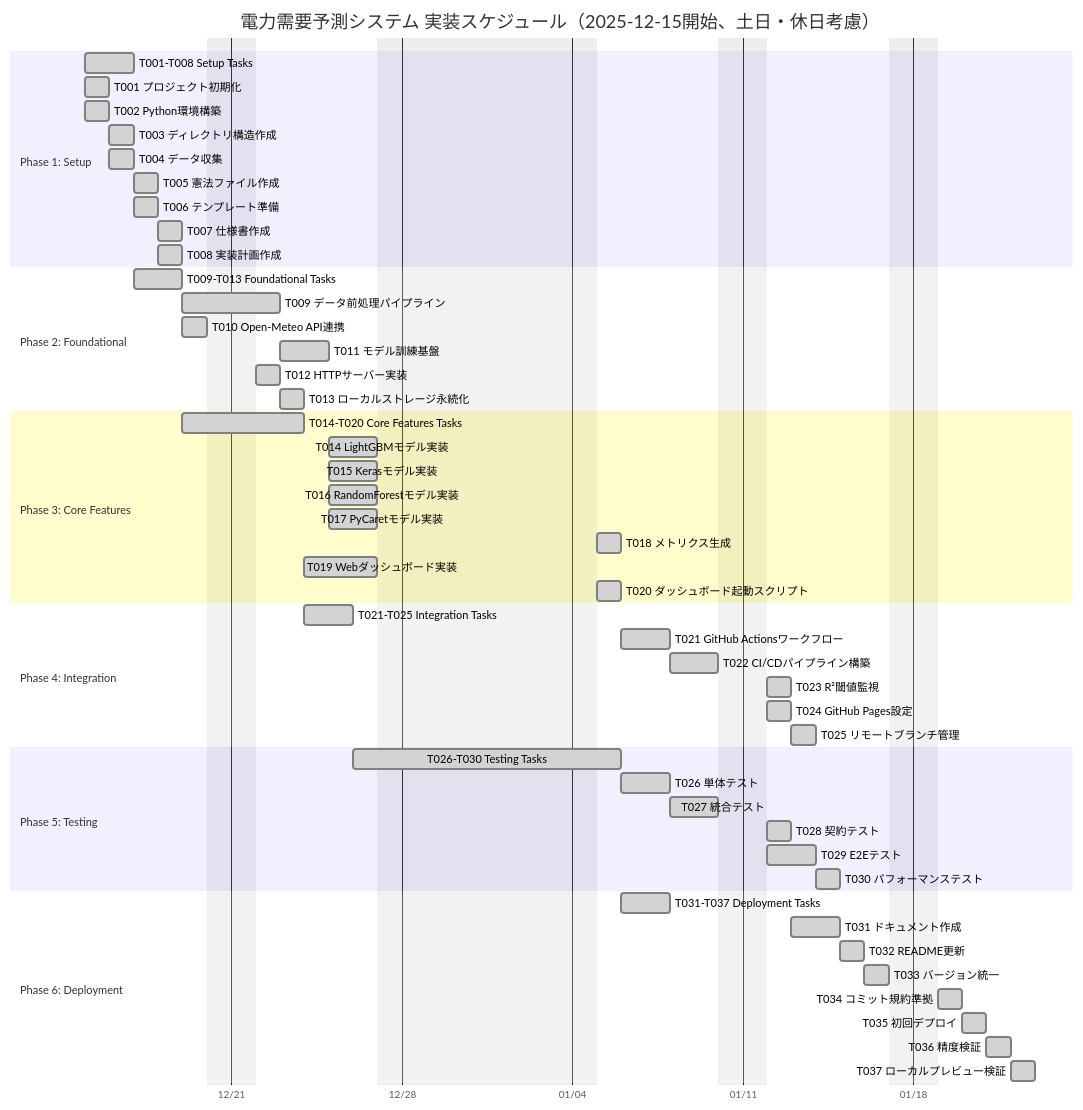
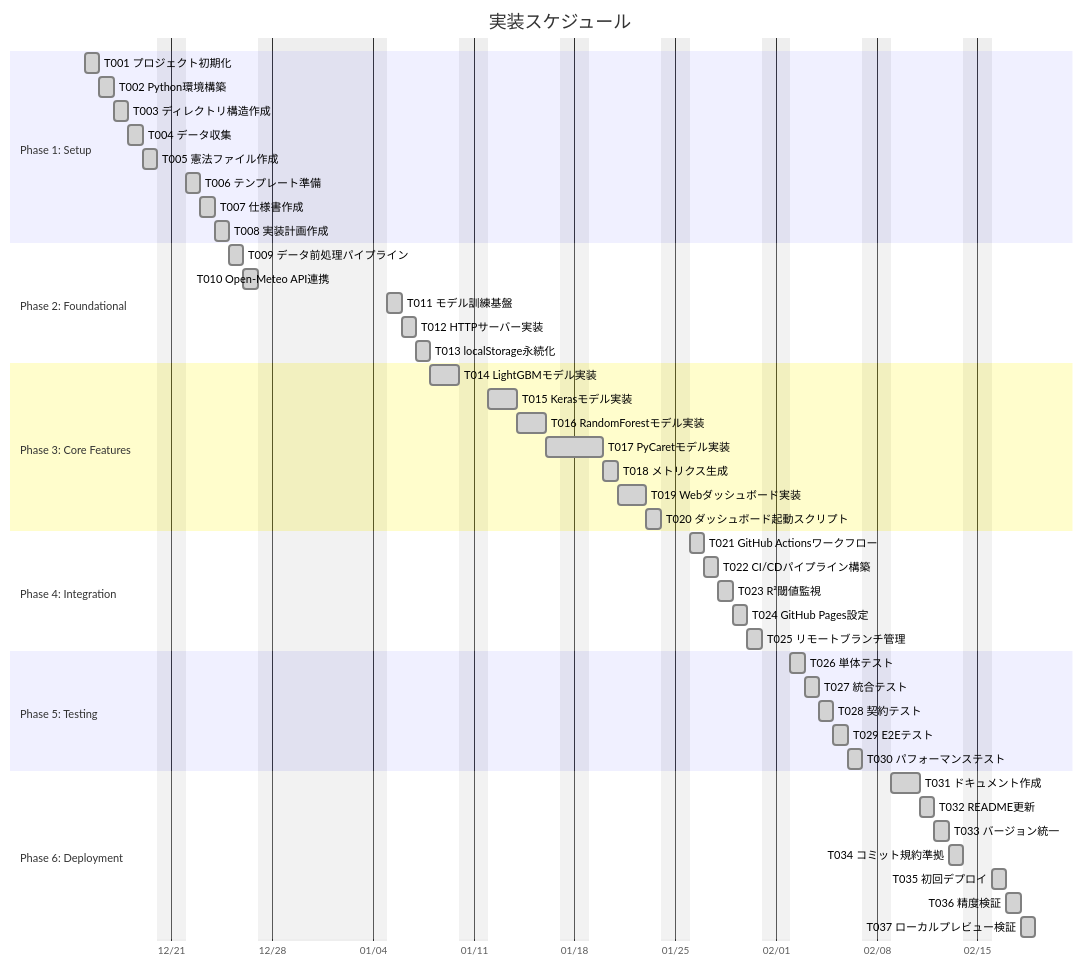
One commit to J1921604/Power-Demand-Forecast changed the diagram in specs/001-Power-Demand-Forecast/tasks.md. Above: the diagram before and after it, drawn with Mermaid. The commit also changed other lines of this file, not shown here.

Commit message:
docs: tasks.mdにガントチャート追加(2025-12-15開始、土日・年末年始除外、相対日付方式)

````diff
--- a/specs/001-Power-Demand-Forecast/tasks.md
+++ b/specs/001-Power-Demand-Forecast/tasks.md
@@ -24,62 +311,56 @@
 ```mermaid
 gantt
-    title 電力需要予測システム 実装スケジュール（2025-12-15開始、土日・休日考慮）
+    title 実装スケジュール
     dateFormat YYYY-MM-DD
     axisFormat %m/%d
-    excludes weekends 2025-12-28 2025-12-29 2025-12-30 2025-12-31 2026-01-01 2026-01-02 2026-01-03
-  
+    excludes weekends 2025-12-27 2025-12-28 2025-12-29 2025-12-30 2025-12-31 2026-01-01 2026-01-02 2026-01-03 2026-01-04
+
     section Phase 1: Setup
-    T001-T008 Setup Tasks             :done, p1, 2025-12-15, 2d
     T001 プロジェクト初期化           :done, t001, 2025-12-15, 1d
-    T002 Python環境構築               :done, t002, 2025-12-15, 1d
-    T003 ディレクトリ構造作成         :done, t003, 2025-12-16, 1d
-    T004 データ収集                   :done, t004, 2025-12-16, 1d
-    T005 憲法ファイル作成             :done, t005, 2025-12-17, 1d
-    T006 テンプレート準備             :done, t006, 2025-12-17, 1d
-    T007 仕様書作成                   :done, t007, 2025-12-18, 1d
-    T008 実装計画作成                 :done, t008, 2025-12-18, 1d
-  
+    T002 Python環境構築               :done, t002, after t001, 1d
+    T003 ディレクトリ構造作成         :done, t003, after t002, 1d
+    T004 データ収集                   :done, t004, after t003, 1d
+    T005 憲法ファイル作成             :done, t005, after t004, 1d
+    T006 テンプレート準備             :done, t006, after t005, 1d
+    T007 仕様書作成                   :done, t007, after t006, 1d
+    T008 実装計画作成                 :done, t008, after t007, 1d
+
     section Phase 2: Foundational
-    T009-T013 Foundational Tasks      :done, p2, after p1, 2d
-    T009 データ前処理パイプライン     :done, t009, after t008, 2d
-    T010 Open-Meteo API連携           :done, t010, after t008, 1d
-    T011 モデル訓練基盤               :done, t011, after t009, 2d
-    T012 HTTPサーバー実装             :done, t012, after t010, 1d
-    T013 ローカルストレージ永続化     :done, t013, after t012, 1d
-  
+    T009 データ前処理パイプライン     :done, t009, after t008, 1d
+    T010 Open-Meteo API連携           :done, t010, after t009, 1d
+    T011 モデル訓練基盤               :done, t011, after t010, 1d
+    T012 HTTPサーバー実装             :done, t012, after t011, 1d
+    T013 localStorage永続化           :done, t013, after t012, 1d
+
     section Phase 3: Core Features
-    T014-T020 Core Features Tasks     :done, p3, after p2, 3d
-    T014 LightGBMモデル実装           :done, t014, after t011, 2d
-    T015 Kerasモデル実装              :done, t015, after t011, 2d
-    T016 RandomForestモデル実装       :done, t016, after t011, 2d
-    T017 PyCaretモデル実装            :done, t017, after t011, 2d
-    T018 メトリクス生成               :done, t018, after t014 t015 t016 t017, 1d
-    T019 Webダッシュボード実装        :done, t019, after t013, 3d
+    T014 LightGBMモデル実装           :done, t014, after t013, 2d
+    T015 Kerasモデル実装              :done, t015, after t014, 2d
+    T016 RandomForestモデル実装       :done, t016, after t015, 2d
+    T017 PyCaretモデル実装            :done, t017, after t016, 2d
+    T018 メトリクス生成               :done, t018, after t017, 1d
+    T019 Webダッシュボード実装        :done, t019, after t018, 2d
     T020 ダッシュボード起動スクリプト :done, t020, after t019, 1d
-  
+
     section Phase 4: Integration
-    T021-T025 Integration Tasks       :done, p4, after p3, 2d
-    T021 GitHub Actionsワークフロー   :done, t021, after t018, 2d
-    T022 CI/CDパイプライン構築        :done, t022, after t021, 2d
+    T021 GitHub Actionsワークフロー   :done, t021, after t020, 1d
+    T022 CI/CDパイプライン構築        :done, t022, after t021, 1d
     T023 R²閾値監視                   :done, t023, after t022, 1d
-    T024 GitHub Pages設定             :done, t024, after t022, 1d
+    T024 GitHub Pages設定             :done, t024, after t023, 1d
     T025 リモートブランチ管理         :done, t025, after t024, 1d
-  
+
     section Phase 5: Testing
-    T026-T030 Testing Tasks           :done, p5, after p4, 2d
-    T026 単体テスト                   :done, t026, after t020, 2d
-    T027 統合テスト                   :done, t027, after t026, 2d
+    T026 単体テスト                   :done, t026, after t025, 1d
+    T027 統合テスト                   :done, t027, after t026, 1d
     T028 契約テスト                   :done, t028, after t027, 1d
-    T029 E2Eテスト                    :done, t029, after t027, 2d
+    T029 E2Eテスト                    :done, t029, after t028, 1d
     T030 パフォーマンステスト         :done, t030, after t029, 1d
-  
+
     section Phase 6: Deployment
-    T031-T037 Deployment Tasks        :done, p6, after p5, 2d
-    T031 ドキュメント作成             :done, t031, after t023, 2d
+    T031 ドキュメント作成             :done, t031, after t030, 2d
     T032 README更新                   :done, t032, after t031, 1d
     T033 バージョン統一               :done, t033, after t032, 1d
     T034 コミット規約準拠             :done, t034, after t033, 1d
-    T035 初回デプロイ                 :done, t035, after t025 t030 t034, 1d
+    T035 初回デプロイ                 :done, t035, after t034, 1d
     T036 精度検証                     :done, t036, after t035, 1d
     T037 ローカルプレビュー検証       :done, t037, after t036, 1d
 ```
````
